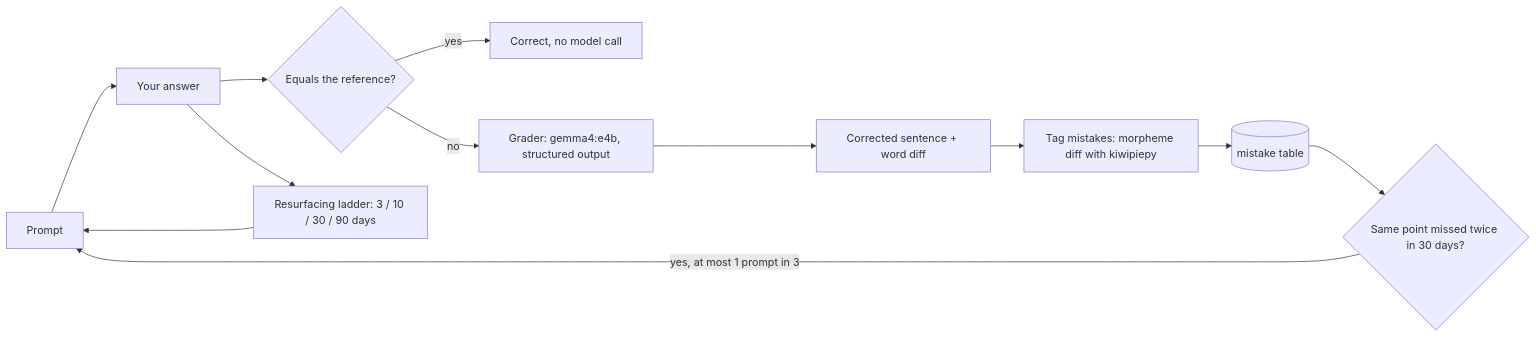
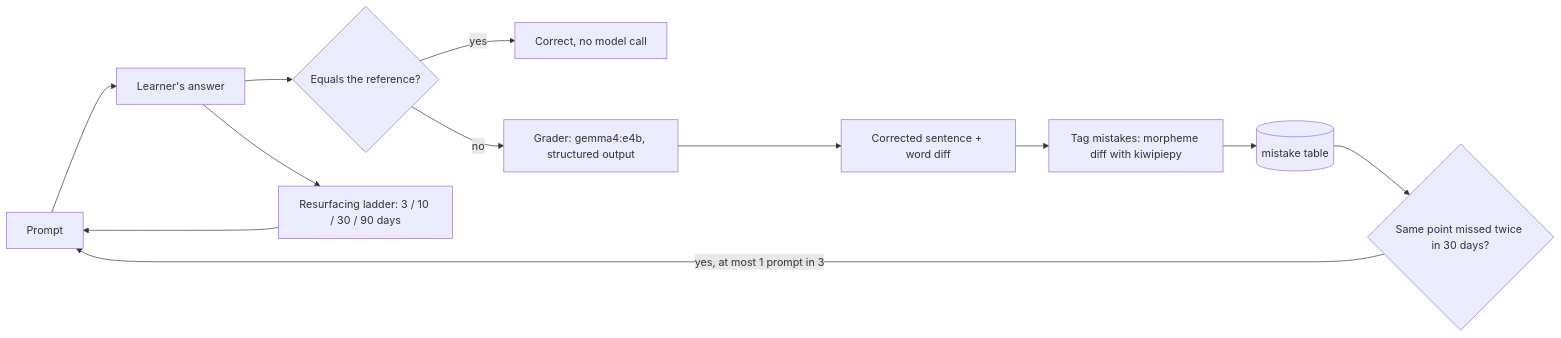
One commit to miobix/MbxChat-public changed the second of 3 diagrams in docs/FEATURES.md. Above: the diagram before and after it, drawn with Mermaid. The commit also changed other lines of this file and 13 other files, not shown here.

````diff
--- a/docs/FEATURES.md
+++ b/docs/FEATURES.md
@@ -69,14 +69,14 @@
 ```mermaid
 flowchart LR
-  prompt[Prompt] --> answer[Your answer]
+  prompt[Prompt] --> answer[Learner's answer]
   answer --> t0{Equals the reference?}
   t0 -->|yes| ok[Correct, no model call]
   t0 -->|no| llm[Grader: gemma4:e4b, structured output]
   llm --> diff[Corrected sentence + word diff]
   diff --> tag[Tag mistakes: morpheme diff with kiwipiepy]
   tag --> mem[(mistake table)]
   mem --> weak{Same point missed twice in 30 days?}
   weak -->|yes, at most 1 prompt in 3| prompt
   answer --> ladder[Resurfacing ladder: 3 / 10 / 30 / 90 days]
   ladder --> prompt
 ```
````
